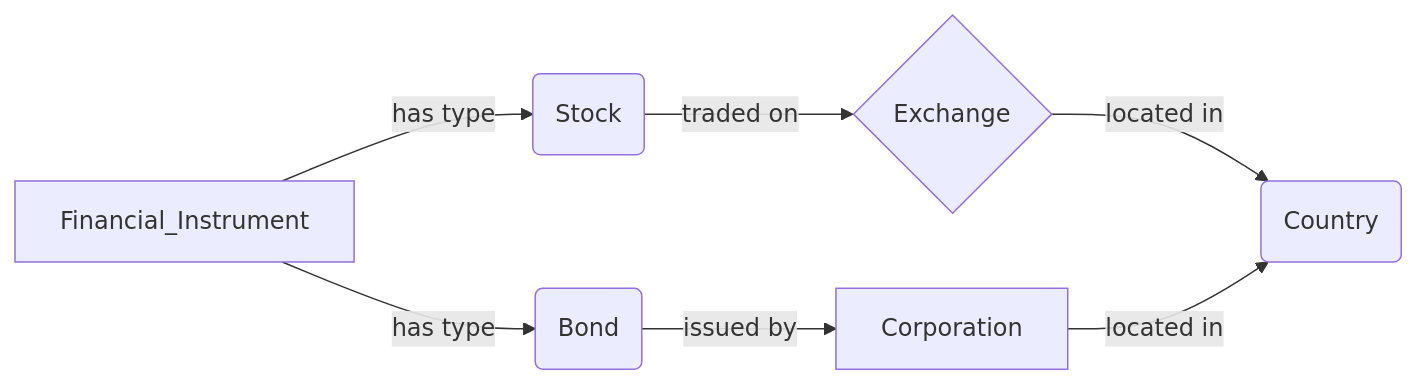
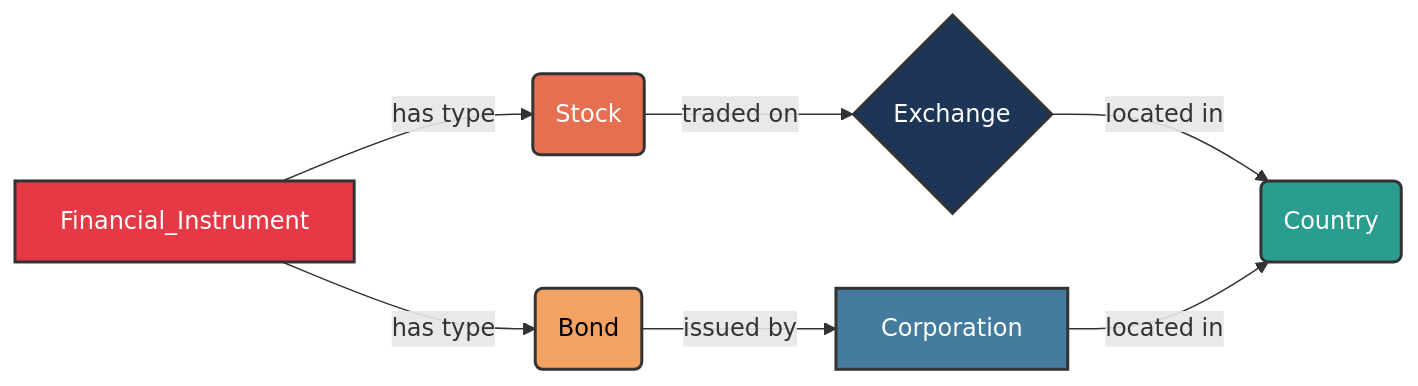
The first of 2 diagrams in README.md (ikko/sym), drawn with Mermaid before and after one commit. The commit also changed other lines of this file, not shown here.

Commit message:
fill up first diagram in readme

````diff
--- a/README.md
+++ b/README.md
@@ -17,15 +17,27 @@
 ```mermaid
 graph LR
 Bond(Bond)
 Corporation[Corporation]
 Country(Country)
 Exchange{Exchange}
 Financial_Instrument[Financial_Instrument]
 Stock(Stock)
     Financial_Instrument -- has type --> Stock
     Stock -- traded on --> Exchange
     Exchange -- located in --> Country
     Financial_Instrument -- has type --> Bond
     Bond -- issued by --> Corporation
     Corporation -- located in --> Country
+    
+    %% Financial instruments - warm reds
+    style Financial_Instrument fill:#e63946,stroke:#333,stroke-width:2px,color:#FFFFFF;
+    style Stock fill:#e76f51,stroke:#333,stroke-width:2px,color:#FFFFFF;
+    style Bond fill:#f4a261,stroke:#333,stroke-width:2px,color:#000000;
+    
+    %% Market entities - blues
+    style Exchange fill:#1d3557,stroke:#333,stroke-width:2px,color:#FFFFFF;
+    style Corporation fill:#457b9d,stroke:#333,stroke-width:2px,color:#FFFFFF;
+    
+    %% Location - green
+    style Country fill:#2a9d8f,stroke:#333,stroke-width:2px,color:#FFFFFF;
 ```
````
